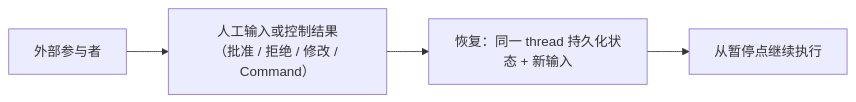
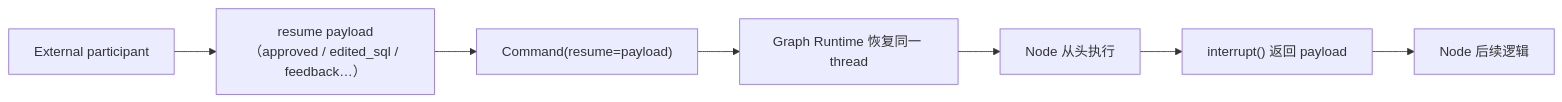
Before and after one commit to AnRun-M/enterprise-ai-agent-handbook: the third of 3 diagrams in docs/03-langgraph-core/ch15-interrupt.md, drawn with Mermaid. The commit also changed other lines of this file and 2 other files, not shown here.

Commit message:
docs: refine interrupt resume and lifecycle boundaries

````diff
--- a/docs/03-langgraph-core/ch15-interrupt.md
+++ b/docs/03-langgraph-core/ch15-interrupt.md
@@ -95,6 +112,9 @@
 ```mermaid
 flowchart LR
-    OUT["外部参与者"] --> IN["人工输入或控制结果\n（批准 / 拒绝 / 修改 / Command）"]
-    IN --> RES["恢复：同一 thread 持久化状态 + 新输入"]
-    RES --> CONT["从暂停点继续执行"]
+    EXT["External participant"] --> PAY["resume payload\n（approved / edited_sql / feedback…）"]
+    PAY --> CMD["Command(resume=payload)"]
+    CMD --> GR["Graph Runtime 恢复同一 thread"]
+    GR --> RE["Node 从头执行"]
+    RE --> INT["interrupt() 返回 payload"]
+    INT --> CONT["Node 后续逻辑"]
 ```
````
